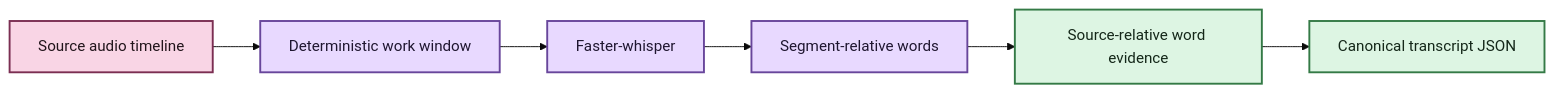
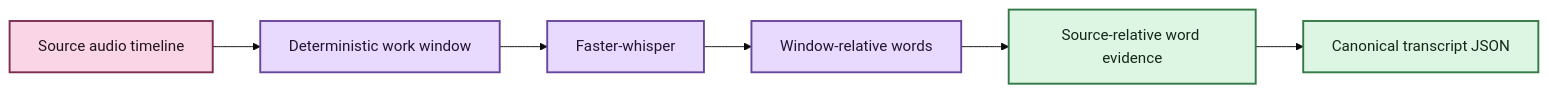
One commit to SSD1805/EchoFlow changed the first of 2 diagrams in docs/architecture/word-alignment.md. Above: the diagram before and after it, drawn with Mermaid (base theme). The commit also changed other lines of this file, not shown here.

````diff
--- a/docs/architecture/word-alignment.md
+++ b/docs/architecture/word-alignment.md
@@ -48,16 +45,16 @@
 ```mermaid
 flowchart LR
     A[Source audio timeline] --> B[Deterministic work window]
     B --> C[Faster-whisper]
-    C --> D[Segment-relative words]
+    C --> D[Window-relative words]
     D --> E[Source-relative word evidence]
     E --> F[Canonical transcript JSON]
 
     classDef evidence fill:#F9D5E5,stroke:#7B2E52,stroke-width:2px,color:#22151B
     classDef process fill:#E8D9FF,stroke:#68469B,stroke-width:2px,color:#1F1630
     classDef result fill:#DDF5E3,stroke:#347A46,stroke-width:2px,color:#142719
 
     class A evidence
     class B,C,D process
     class E,F result
 ```
````
